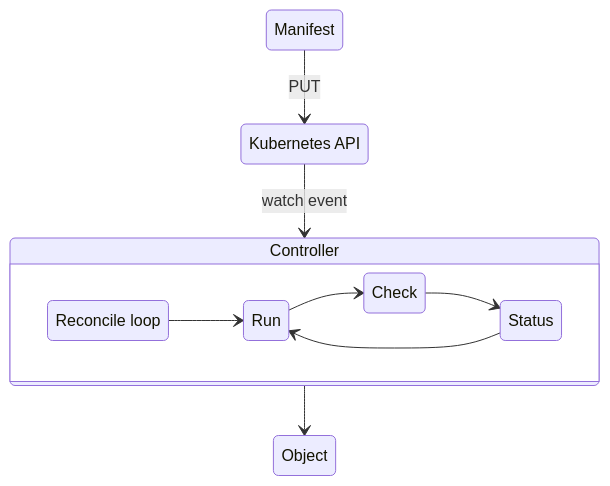
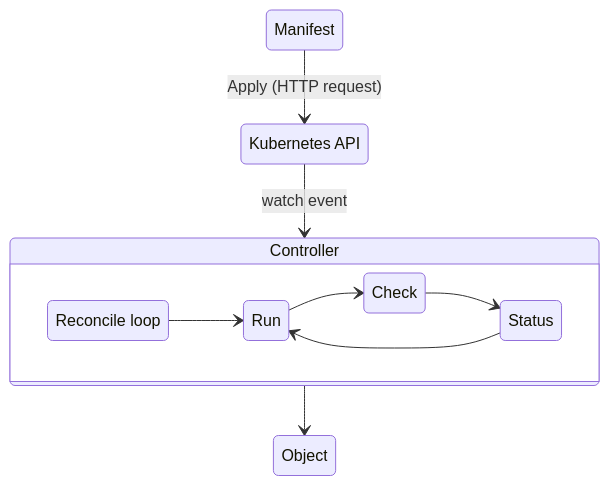
One commit to veldrane/slides-template-k8s changed the second of 2 diagrams in courses/01-intro.md. Above: the diagram before and after it, drawn with Mermaid. The commit also changed other lines of this file and 1 other file, not shown here.

````diff
--- a/courses/01-intro.md
+++ b/courses/01-intro.md
@@ -242,27 +236,27 @@
 ```mermaid { scale: 0.5 }
 %%{init: {
   "theme": "base",
   "themeVariables": {
     "background": var(--color-accent-soft),
     "primaryColor": var(--color-accent-soft),
     "primaryBorderColor": var(--color-accent-soft),
     "lineColor": var(--color-accent-soft),
     "fontFamily": "monospace"
   }
 }}%%
 
 stateDiagram-v2
     manifest: Manifest
-    manifest --> k8s: PUT
+    manifest --> k8s: Apply (HTTP request)
     k8s: Kubernetes API
     k8s --> Controller: watch event
     state Controller {
       direction LR
         Reconcile: Reconcile loop
         Reconcile --> Run
         Run --> Check
         Check --> Status
         Status --> Run
     }
     Controller --> Object
 ```
````
